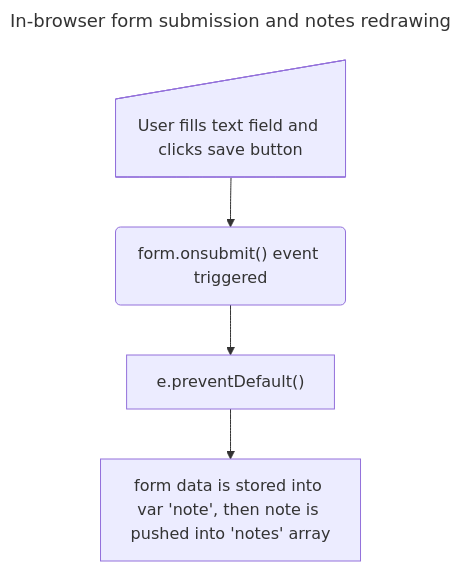
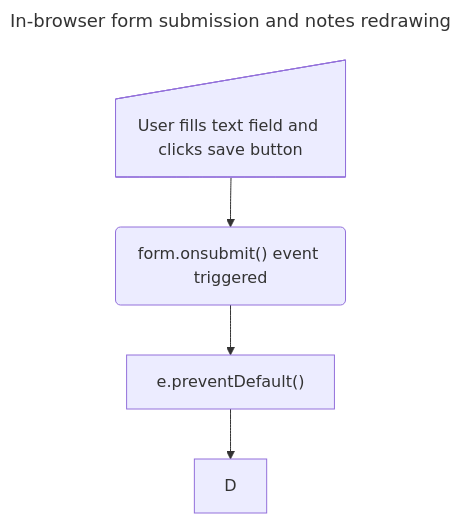
Before and after one commit to ProspektsMarch22/fullstackopen: the diagram in part0/0_6/spa_new_note.md, drawn with Mermaid.

Commit message:
Changes last node shape, to convey the idea of subprocess

````diff
--- a/part0/0_6/spa_new_note.md
+++ b/part0/0_6/spa_new_note.md
@@ -1,8 +1,8 @@
 ```mermaid
 ---
   title: In-browser form submission and notes redrawing
 ---
   flowchart TD
-    A@{ shape: manual-input, label: "User fills text field and clicks save button"} --> B@{ shape: rounded, label: "form.onsubmit() event triggered"} --> C@{ shape: rect, label: "e.preventDefault()"} --> D@{ shape: rect, label: "form data is stored into var 'note', then note is pushed into 'notes' array" }
+    A@{ shape: manual-input, label: "User fills text field and clicks save button"} --> B@{ shape: rounded, label: "form.onsubmit() event triggered"} --> C@{ shape: rect, label: "e.preventDefault()"} --> D@{ shape: rect, fr-rect: "form data is stored into var 'note', then note is pushed into 'notes' array" }
 
 ```
````
